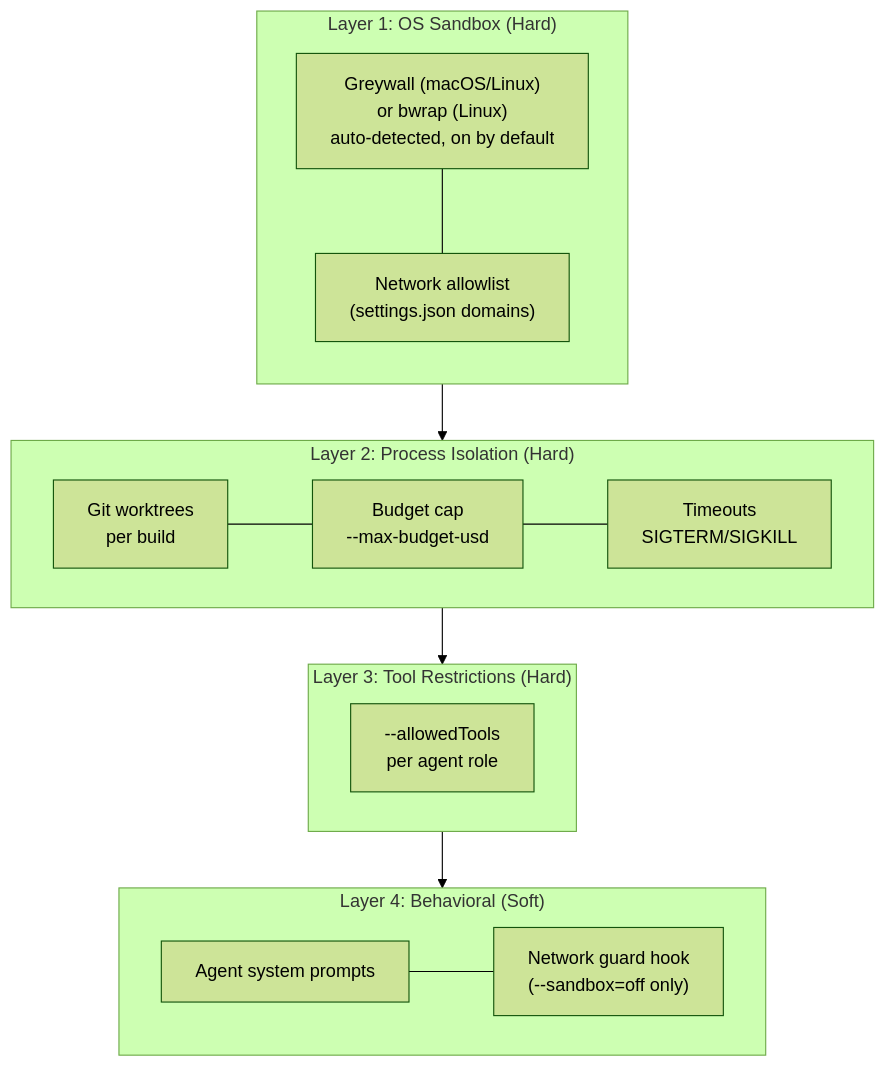
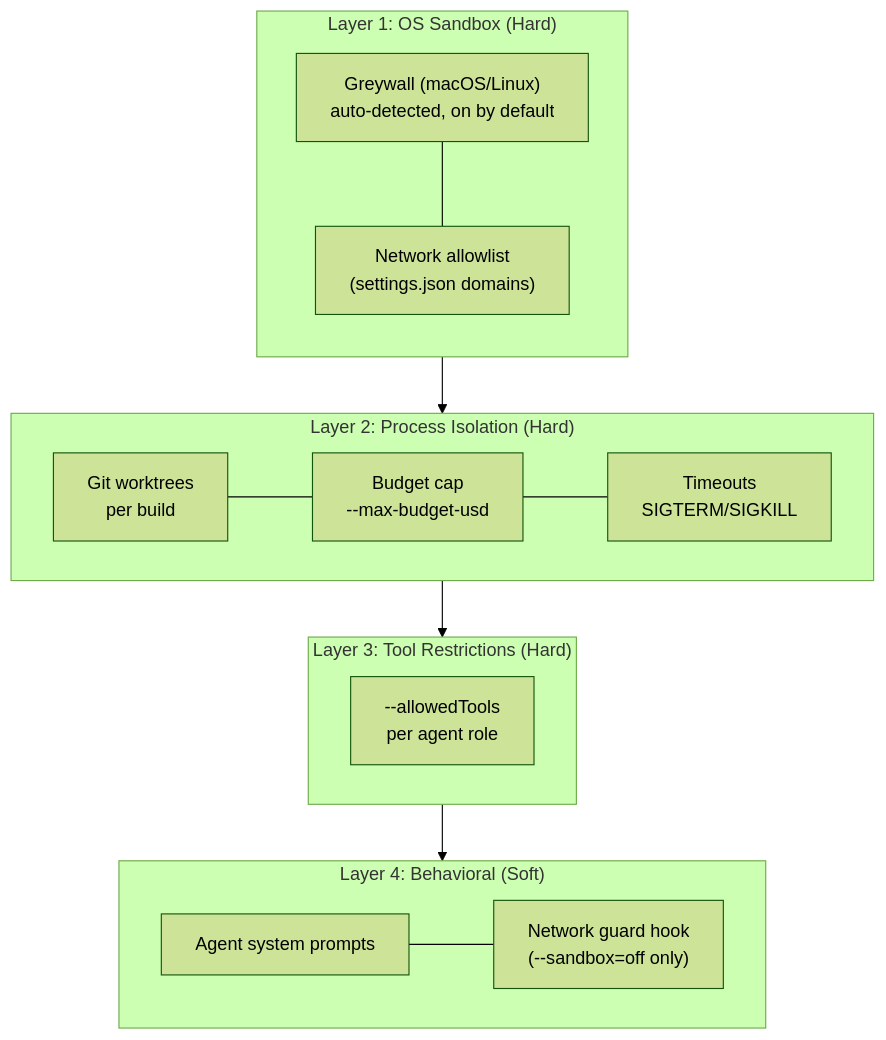
Before and after one commit to robmclarty/ridgeline: the diagram in docs/sandboxing-and-access-control.md, drawn with Mermaid (forest theme). The commit also changed other lines of this file and 17 other files, not shown here.

First line of the commit message:
refactor(sandbox): drop bwrap provider in favor of greywall-only

````diff
--- a/docs/sandboxing-and-access-control.md
+++ b/docs/sandboxing-and-access-control.md
@@ -40,28 +39,28 @@
 ```mermaid
 flowchart TB
     subgraph layer1 ["Layer 1: OS Sandbox (Hard)"]
         direction TB
-        sandbox["Greywall (macOS/Linux)\nor bwrap (Linux)\nauto-detected, on by default"]
+        sandbox["Greywall (macOS/Linux)\nauto-detected, on by default"]
         net["Network allowlist\n(settings.json domains)"]
         sandbox --- net
     end
 
     subgraph layer2 ["Layer 2: Process Isolation (Hard)"]
         worktree["Git worktrees\nper build"]
         budget["Budget cap\n--max-budget-usd"]
         timeout["Timeouts\nSIGTERM/SIGKILL"]
         worktree --- budget --- timeout
     end
 
     subgraph layer3 ["Layer 3: Tool Restrictions (Hard)"]
         tools["--allowedTools\nper agent role"]
     end
 
     subgraph layer4 ["Layer 4: Behavioral (Soft)"]
         prompts["Agent system prompts"]
         hook["Network guard hook\n(--sandbox=off only)"]
         prompts --- hook
     end
 
     layer1 --> layer2 --> layer3 --> layer4
 ```
````
